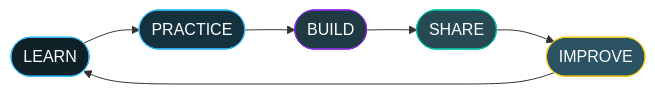
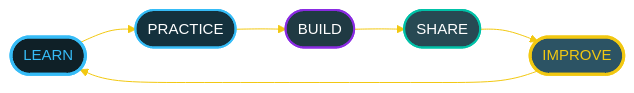
The fifth of 6 diagrams in README.md (NEERAJSINGHDANU07/NEERAJSINGHDANU07), drawn with Mermaid before and after one commit. The commit also changed other lines of this file, not shown here.

````diff
--- a/README.md
+++ b/README.md
@@ -428,10 +684,11 @@
 ```mermaid
+%%{init: {'theme':'base','themeVariables':{'fontFamily':'Fira Code, monospace','fontSize':'15px','primaryColor':'#203A43','primaryTextColor':'#FFFFFF','primaryBorderColor':'#36BCF7','lineColor':'#F2C811'}}}%%
 flowchart LR
     A([LEARN]) --> B([PRACTICE]) --> C([BUILD]) --> D([SHARE]) --> E([IMPROVE]) --> A
 
-    style A fill:#0F2027,stroke:#36BCF7,color:#fff
-    style B fill:#14313d,stroke:#36BCF7,color:#fff
-    style C fill:#203A43,stroke:#8A2BE2,color:#fff
-    style D fill:#274953,stroke:#00C2A8,color:#fff
-    style E fill:#2C5364,stroke:#F2C811,color:#fff
+    style A fill:#0F2027,stroke:#36BCF7,stroke-width:3px,color:#36BCF7
+    style B fill:#14313D,stroke:#36BCF7,stroke-width:2px,color:#FFFFFF
+    style C fill:#203A43,stroke:#8A2BE2,stroke-width:2px,color:#FFFFFF
+    style D fill:#274953,stroke:#00C2A8,stroke-width:2px,color:#FFFFFF
+    style E fill:#2C5364,stroke:#F2C811,stroke-width:3px,color:#F2C811
 ```
````
